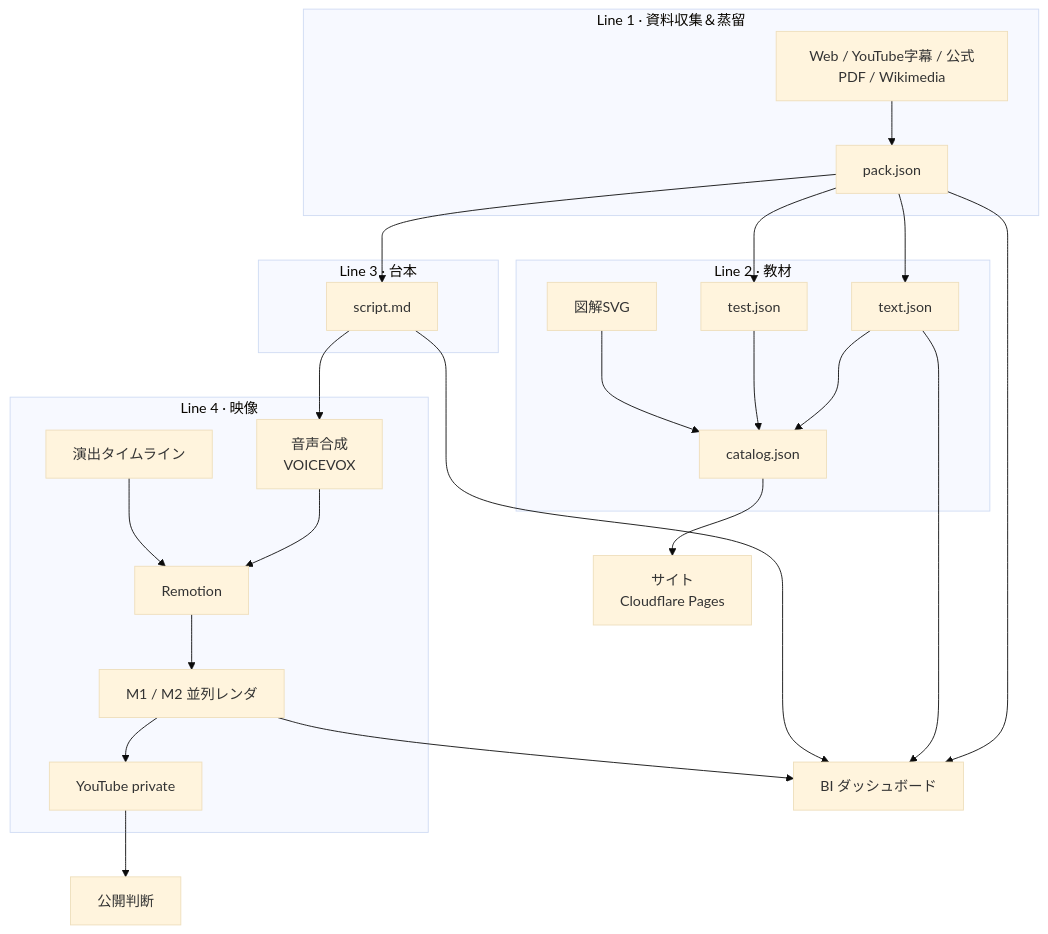
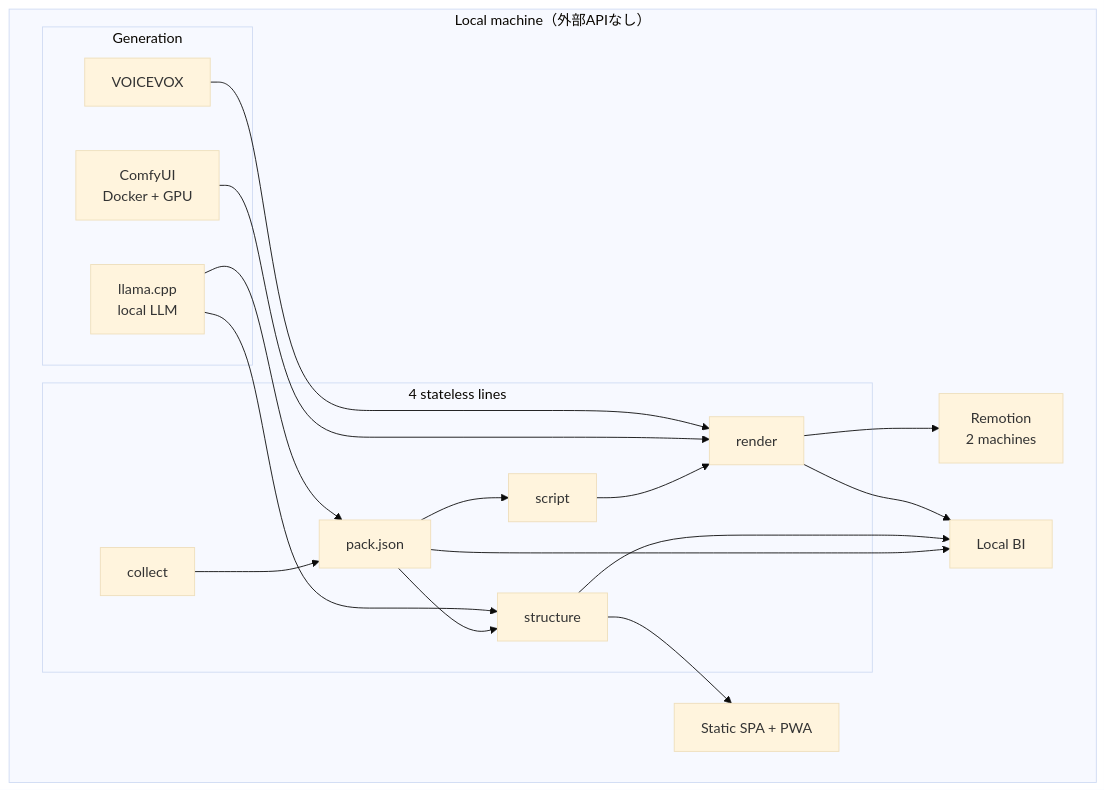
One commit to RintaroMatsumoto/ai-production-line changed the diagram in README.md. Above: the diagram before and after it, drawn with Mermaid (base theme). The commit also changed other lines of this file and 12 other files, not shown here.

````diff
--- a/README.md
+++ b/README.md
@@ -113,36 +122,31 @@
 ```mermaid
 flowchart TB
-  subgraph L1["Line 1 · 資料収集＆蒸留"]
-    A1["Web / YouTube字幕 / 公式PDF / Wikimedia"] --> A2["pack.json"]
+  subgraph LOCAL["Local machine（外部APIなし）"]
+    subgraph GEN["Generation"]
+      C["ComfyUI<br/>Docker + GPU"]
+      L["llama.cpp<br/>local LLM"]
+      V["VOICEVOX"]
+    end
+
+    subgraph LINES["4 stateless lines"]
+      A1["collect"] --> A2["pack.json"]
+      A2 --> B1["structure"]
+      A2 --> C1["script"]
+      C1 --> D1["render"]
+    end
+
+    R["Remotion<br/>2 machines"]
+    S["Static SPA + PWA"]
+    BI["Local BI"]
   end
 
-  subgraph L2["Line 2 · 教材"]
-    B1["text.json"] --> B3["catalog.json"]
-    B2["test.json"] --> B3
-    B4["図解SVG"] --> B3
-  end
-
-  subgraph L3["Line 3 · 台本"]
-    C1["script.md"]
-  end
-
-  subgraph L4["Line 4 · 映像"]
-    D1["音声合成<br/>VOICEVOX"] --> D3["Remotion"]
-    D2["演出タイムライン"] --> D3
-    D3 --> D4["M1 / M2 並列レンダ"]
-    D4 --> D5["YouTube private"]
-  end
-
-  A2 --> B1
-  A2 --> B2
-  A2 --> C1
-  C1 --> D1
-
-  B3 --> S["サイト<br/>Cloudflare Pages"]
-  D5 --> P["公開判断"]
-
-  A2 --> BI["BI ダッシュボード"]
+  C --> D1
+  L --> A2
+  L --> B1
+  V --> D1
+  D1 --> R
+  B1 --> S
+  A2 --> BI
   B1 --> BI
-  C1 --> BI
-  D4 --> BI
+  D1 --> BI
 ```
````
